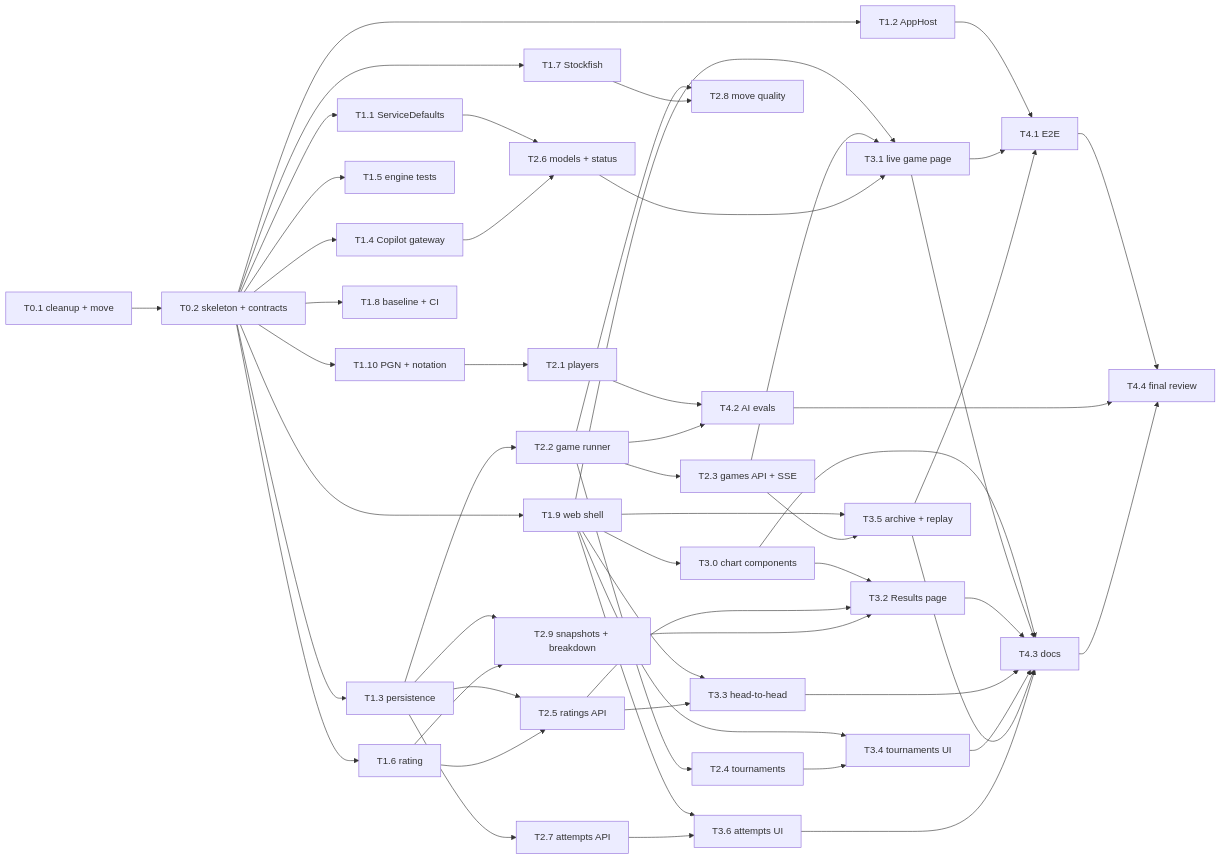
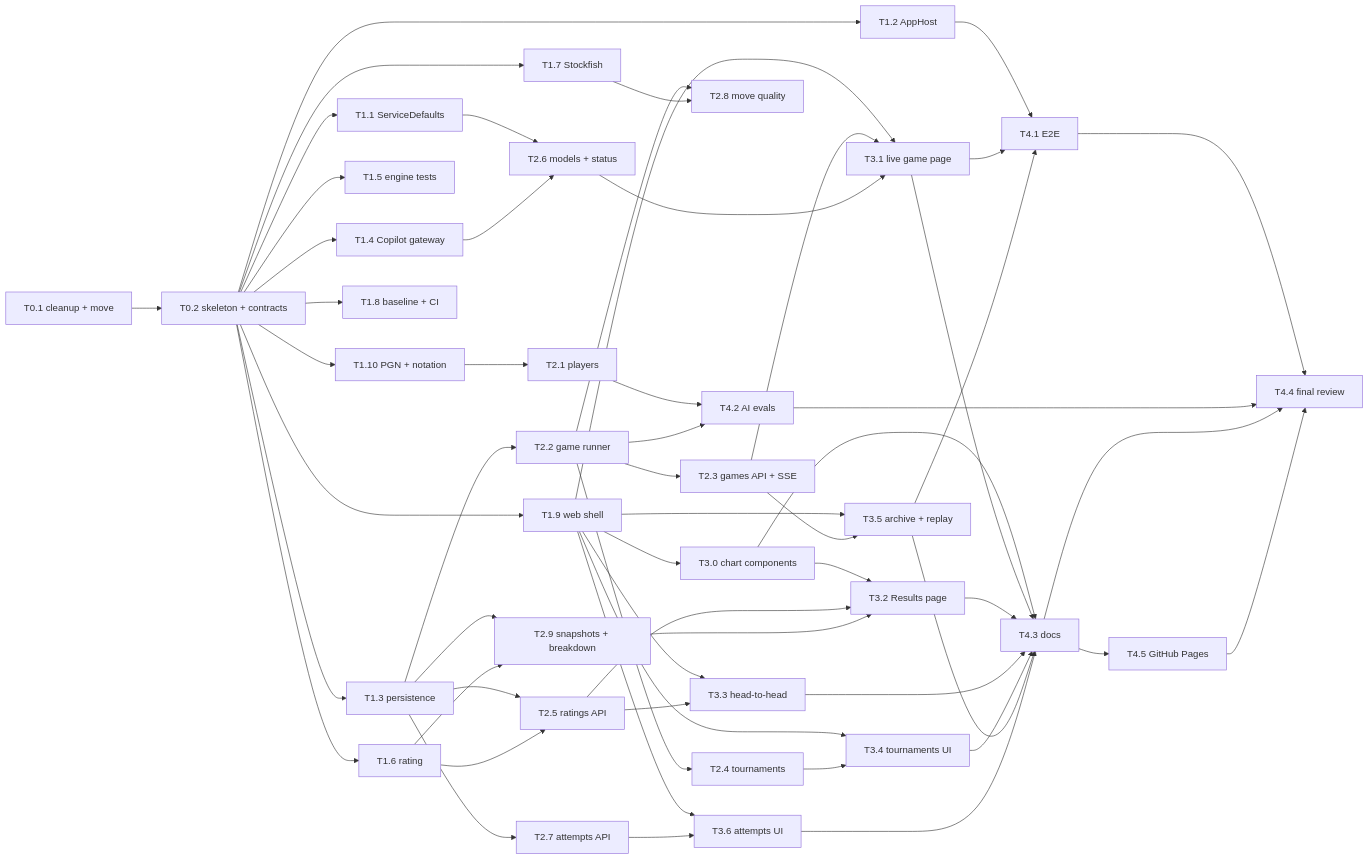
One commit to konradcinkusz/llm-multi-agent-chess changed the diagram in docs/architecture/04-MIGRATION-PLAN.md. Above: the diagram before and after it, drawn with Mermaid. The commit also changed other lines of this file and 1 other file, not shown here.

First line of the commit message:
docs: add T4.5 GitHub Pages one-pager; README task follows README-BADGES and REPO-BASELINE

````diff
--- a/docs/architecture/04-MIGRATION-PLAN.md
+++ b/docs/architecture/04-MIGRATION-PLAN.md
@@ -24,25 +24,26 @@
 ```mermaid
 flowchart LR
     T01[T0.1 cleanup + move] --> T02[T0.2 skeleton + contracts]
     T02 --> T11[T1.1 ServiceDefaults] & T12[T1.2 AppHost] & T13[T1.3 persistence] & T14[T1.4 Copilot gateway]
     T02 --> T15[T1.5 engine tests] & T16[T1.6 rating] & T17[T1.7 Stockfish] & T18[T1.8 baseline + CI]
     T02 --> T19[T1.9 web shell] & T110[T1.10 PGN + notation]
     T110 --> T21[T2.1 players]
     T13 --> T22[T2.2 game runner]
     T22 --> T23[T2.3 games API + SSE] & T24[T2.4 tournaments] & T28[T2.8 move quality]
     T17 --> T28
     T13 & T16 --> T25[T2.5 ratings API] & T29[T2.9 snapshots + breakdown]
     T11 & T14 --> T26[T2.6 models + status]
     T13 --> T27[T2.7 attempts API]
     T19 & T23 & T26 --> T31[T3.1 live game page]
     T19 --> T30[T3.0 chart components]
     T30 & T25 & T29 --> T32[T3.2 Results page]
     T19 & T25 --> T33[T3.3 head-to-head]
     T19 & T24 --> T34[T3.4 tournaments UI]
     T19 & T23 --> T35[T3.5 archive + replay]
     T19 & T27 --> T36[T3.6 attempts UI]
     T12 & T31 & T35 --> T41[T4.1 E2E]
     T21 & T22 --> T42[T4.2 AI evals]
     T30 & T31 & T32 & T33 & T34 & T35 & T36 --> T43[T4.3 docs]
-    T41 & T42 & T43 --> T44[T4.4 final review]
+    T43 --> T45[T4.5 GitHub Pages]
+    T41 & T42 & T43 & T45 --> T44[T4.4 final review]
 ```
````
